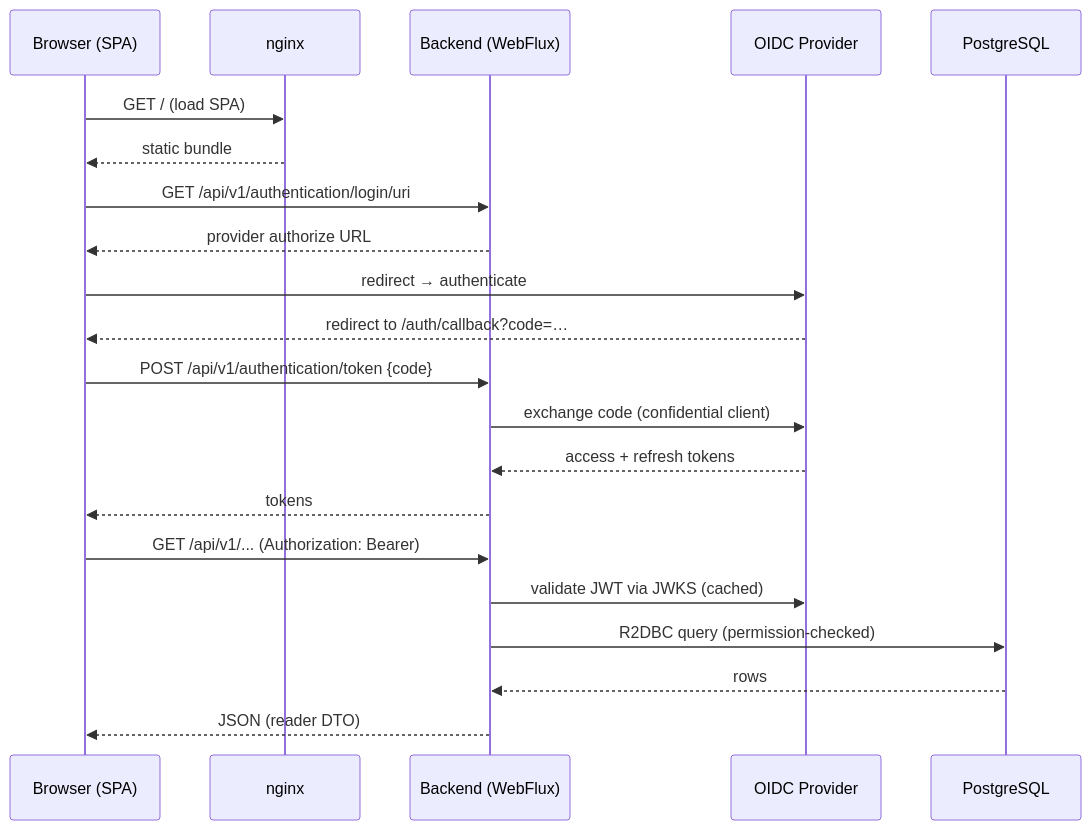
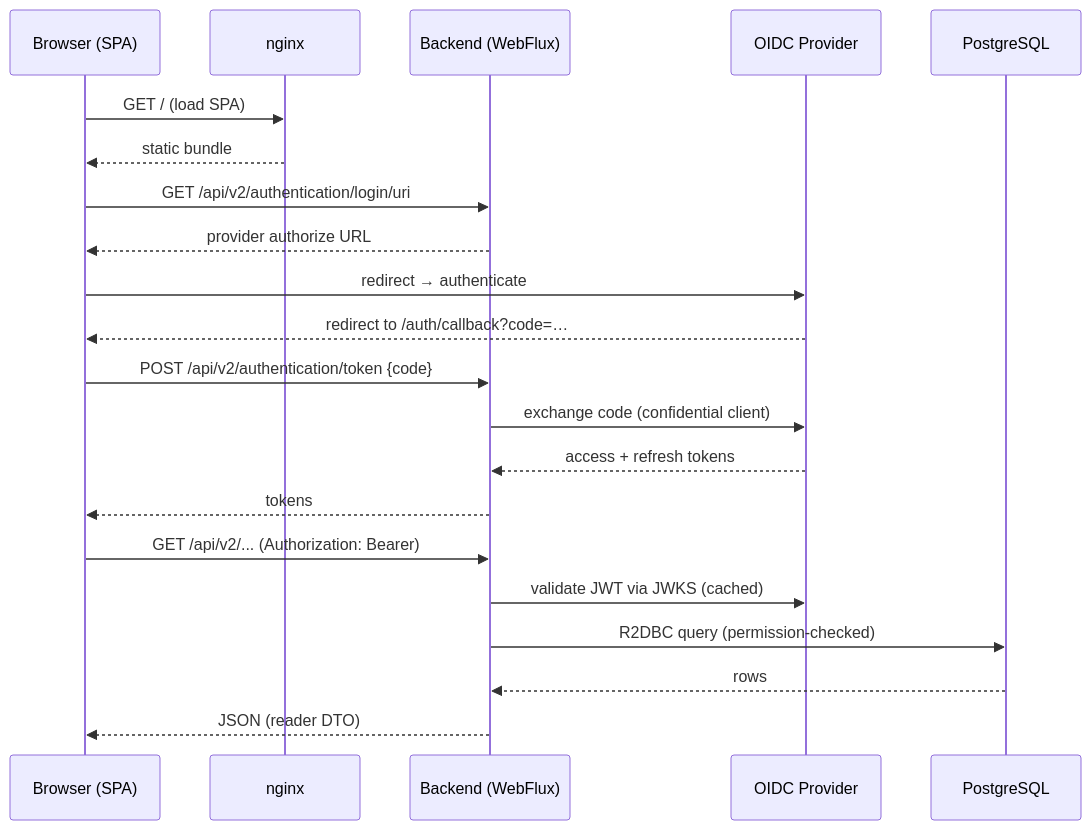
One commit to laucoin/Documentations changed the second of 2 diagrams in documentation/registry/technical/architecture.md. Above: the diagram before and after it, drawn with Mermaid. The commit also changed other lines of this file and 86 other files, not shown here.

````diff
--- a/documentation/registry/technical/architecture.md
+++ b/documentation/registry/technical/architecture.md
@@ -66,24 +66,24 @@
 ```mermaid
 sequenceDiagram
     participant B as Browser (SPA)
     participant N as nginx
     participant A as Backend (WebFlux)
     participant I as OIDC Provider
     participant D as PostgreSQL
 
     B->>N: GET / (load SPA)
     N-->>B: static bundle
-    B->>A: GET /api/v1/authentication/login/uri
+    B->>A: GET /api/v2/authentication/login/uri
     A-->>B: provider authorize URL
     B->>I: redirect → authenticate
     I-->>B: redirect to /auth/callback?code=…
-    B->>A: POST /api/v1/authentication/token {code}
+    B->>A: POST /api/v2/authentication/token {code}
     A->>I: exchange code (confidential client)
     I-->>A: access + refresh tokens
     A-->>B: tokens
-    B->>A: GET /api/v1/... (Authorization: Bearer)
+    B->>A: GET /api/v2/... (Authorization: Bearer)
     A->>I: validate JWT via JWKS (cached)
     A->>D: R2DBC query (permission-checked)
     D-->>A: rows
     A-->>B: JSON (reader DTO)
 ```
````
